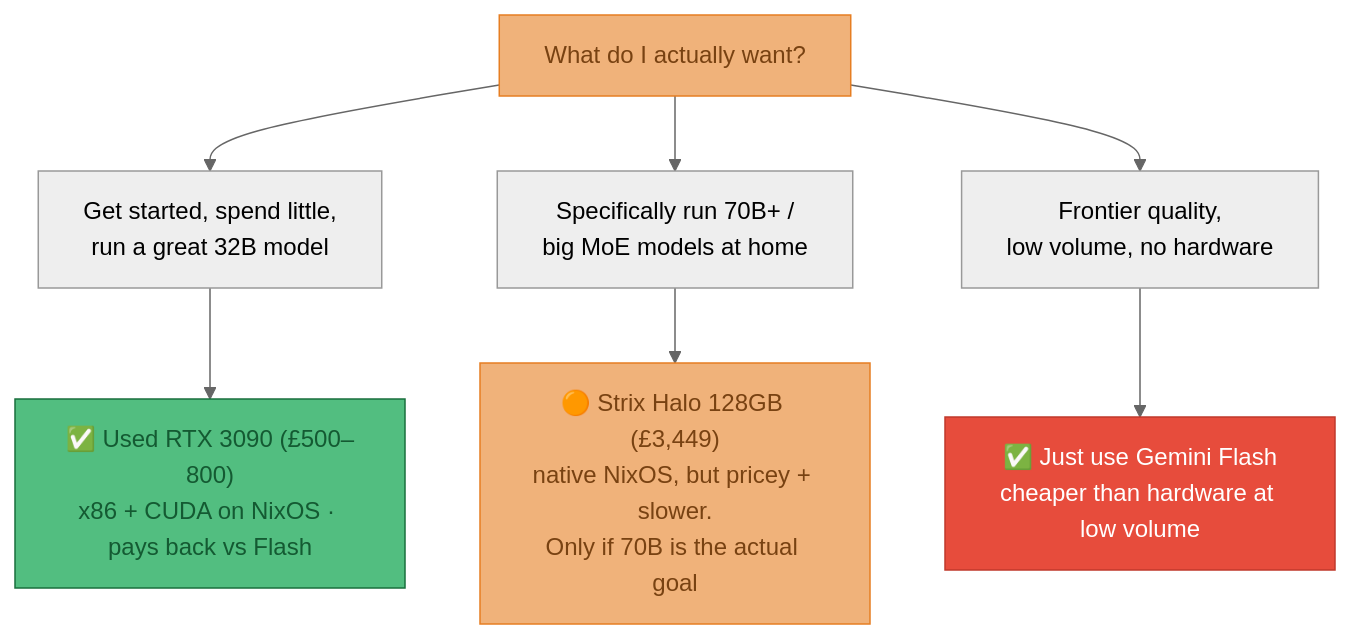
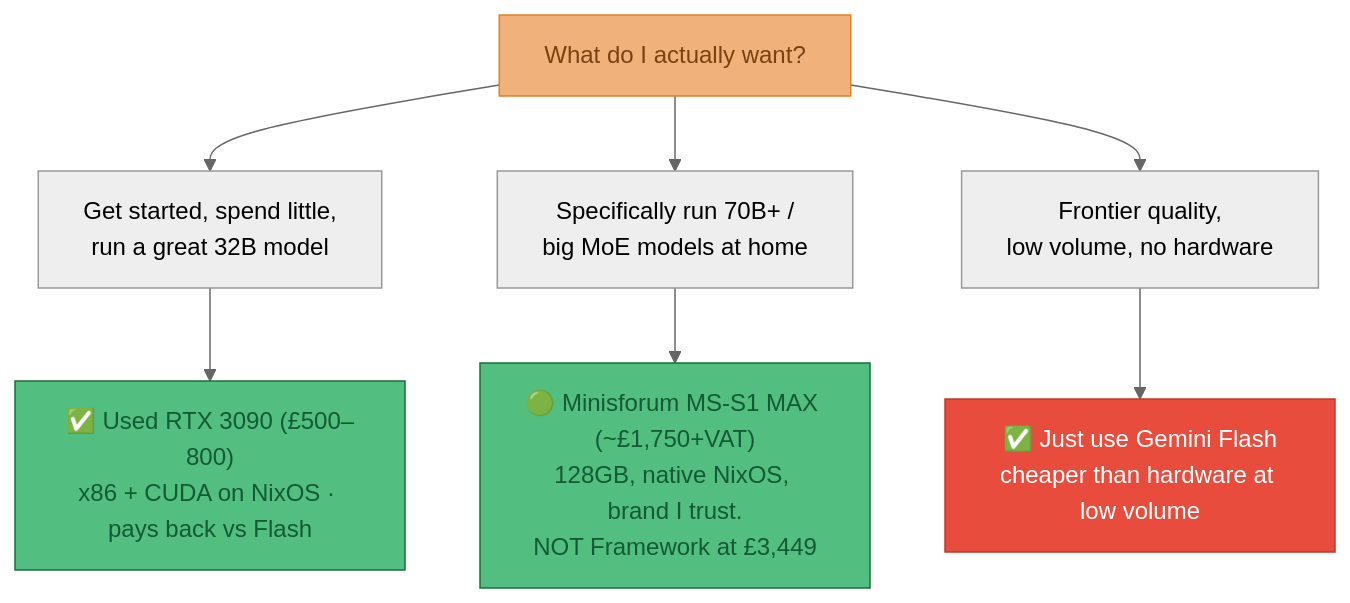
The seventh of 7 diagrams in mdx-docs/docs/appendix/adr/010-local-model-hardware.md (joeledwardson/dev-setup), drawn with Mermaid (neutral theme) before and after one commit. The commit also changed other lines of this file and 6 other files, not shown here.

````diff
--- a/mdx-docs/docs/appendix/adr/010-local-model-hardware.md
+++ b/mdx-docs/docs/appendix/adr/010-local-model-hardware.md
@@ -293,15 +343,15 @@
 ```mermaid
 flowchart TD
     classDef yes  fill:#52be80,color:#145a32,stroke:#196f3d
     classDef maybe fill:#f0b27a,color:#784212,stroke:#e67e22
     classDef no   fill:#e74c3c,color:#fff,stroke:#c0392b
 
     Q["What do I actually want?"]:::maybe
     Q --> A["Get started, spend little,<br/>run a great 32B model"]
     Q --> B["Specifically run 70B+ /<br/>big MoE models at home"]
     Q --> C["Frontier quality,<br/>low volume, no hardware"]
 
     A --> A1["✅ Used RTX 3090 (£500–800)<br/>x86 + CUDA on NixOS · pays back vs Flash"]:::yes
-    B --> B1["🟠 Strix Halo 128GB (£3,449)<br/>native NixOS, but pricey + slower.<br/>Only if 70B is the actual goal"]:::maybe
+    B --> B1["🟢 Minisforum MS-S1 MAX (~£1,750+VAT)<br/>128GB, native NixOS, brand I trust.<br/>NOT Framework at £3,449"]:::yes
     C --> C1["✅ Just use Gemini Flash<br/>cheaper than hardware at low volume"]:::no
 ```
````
